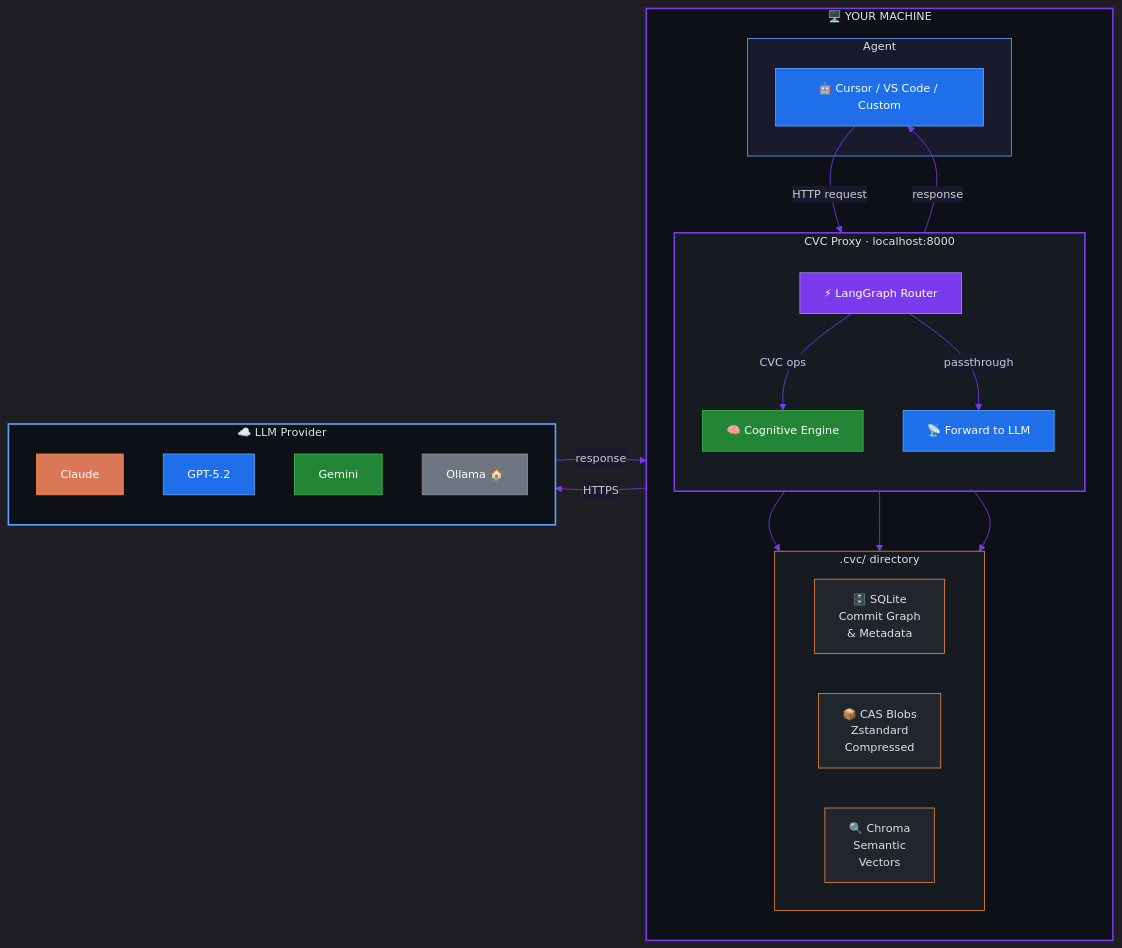
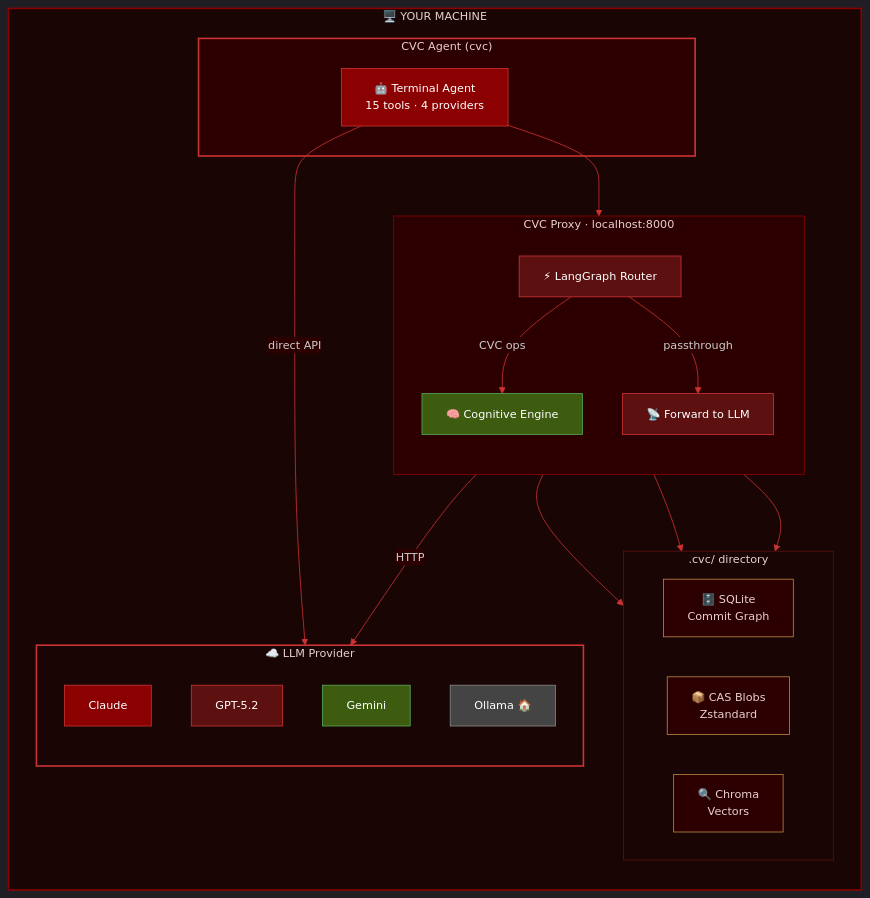
One commit to mannuking/AI-Cognitive-Version-Control changed the diagram in README.md. Above: the diagram before and after it, drawn with Mermaid. The commit also changed other lines of this file, not shown here.

````diff
--- a/README.md
+++ b/README.md
@@ -140,58 +319,56 @@
 ```mermaid
-%%{init: {'theme': 'dark', 'themeVariables': { 'fontSize': '14px', 'primaryColor': '#1a1a2e', 'primaryTextColor': '#e0e0e0', 'primaryBorderColor': '#7c3aed', 'lineColor': '#7c3aed', 'secondaryColor': '#16213e', 'tertiaryColor': '#0f3460', 'edgeLabelBackground': '#1a1a2e'}}}%%
+%%{init: {'theme': 'dark', 'themeVariables': { 'fontSize': '14px', 'primaryColor': '#2C0000', 'primaryTextColor': '#E8D0D0', 'primaryBorderColor': '#8B0000', 'lineColor': '#CC3333', 'secondaryColor': '#5C1010', 'tertiaryColor': '#3D0000', 'edgeLabelBackground': '#2C0000'}}}%%
 
 flowchart LR
     subgraph LOCAL["🖥️  YOUR MACHINE"]
         direction TB
 
-        subgraph AGENT["  Agent  "]
-            A["🤖 Cursor / VS Code / Custom"]
+        subgraph AGENT_MODE["  CVC Agent (cvc)  "]
+            AG["🤖 Terminal Agent\n15 tools · 4 providers"]
         end
 
-        subgraph PROXY["  CVC Proxy · localhost:8000  "]
+        subgraph PROXY_MODE["  CVC Proxy · localhost:8000  "]
             direction TB
             R["⚡ LangGraph Router"]
             R -->|CVC ops| E["🧠 Cognitive Engine"]
             R -->|passthrough| FWD["📡 Forward to LLM"]
         end
 
         subgraph STORAGE["  .cvc/ directory  "]
             direction LR
-            S1["🗄️ SQLite\nCommit Graph\n& Metadata"]
-            S2["📦 CAS Blobs\nZstandard\nCompressed"]
-            S3["🔍 Chroma\nSemantic\nVectors"]
+            S1["🗄️ SQLite\nCommit Graph"]
+            S2["📦 CAS Blobs\nZstandard"]
+            S3["🔍 Chroma\nVectors"]
         end
 
-        A -- "HTTP request" --> R
+        AG -- "direct API" --> CLOUD
+        AG --> E
+        R -- "HTTP" --> CLOUD
         E --> S1 & S2 & S3
     end
 
     subgraph CLOUD["  ☁️ LLM Provider  "]
         direction TB
         C1["Claude"]
         C2["GPT-5.2"]
         C3["Gemini"]
         C4["Ollama 🏠"]
     end
 
-    FWD -- "HTTPS" --> CLOUD
-    CLOUD -- "response" --> R
-    R -- "response" --> A
-
-    style LOCAL fill:#0d1117,stroke:#7c3aed,stroke-width:2px,color:#e0e0e0
-    style AGENT fill:#1a1a2e,stroke:#58a6ff,stroke-width:1px,color:#e0e0e0
-    style PROXY fill:#161b22,stroke:#7c3aed,stroke-width:2px,color:#e0e0e0
-    style STORAGE fill:#161b22,stroke:#f0883e,stroke-width:1px,color:#e0e0e0
-    style CLOUD fill:#0d1117,stroke:#58a6ff,stroke-width:2px,color:#e0e0e0
-    style A fill:#1f6feb,stroke:#58a6ff,color:#ffffff
-    style R fill:#7c3aed,stroke:#a78bfa,color:#ffffff
-    style E fill:#238636,stroke:#3fb950,color:#ffffff
-    style FWD fill:#1f6feb,stroke:#58a6ff,color:#ffffff
-    style S1 fill:#21262d,stroke:#f0883e,color:#e0e0e0
-    style S2 fill:#21262d,stroke:#f0883e,color:#e0e0e0
-    style S3 fill:#21262d,stroke:#f0883e,color:#e0e0e0
-    style C1 fill:#da7756,stroke:#f0883e,color:#ffffff
-    style C2 fill:#1f6feb,stroke:#58a6ff,color:#ffffff
-    style C3 fill:#238636,stroke:#3fb950,color:#ffffff
-    style C4 fill:#6e7681,stroke:#8b949e,color:#ffffff
+    style LOCAL fill:#1a0505,stroke:#8B0000,stroke-width:2px,color:#E8D0D0
+    style AGENT_MODE fill:#2C0000,stroke:#CC3333,stroke-width:2px,color:#E8D0D0
+    style PROXY_MODE fill:#2C0000,stroke:#8B0000,stroke-width:1px,color:#E8D0D0
+    style STORAGE fill:#1a0505,stroke:#5C1010,stroke-width:1px,color:#E8D0D0
+    style CLOUD fill:#1a0505,stroke:#CC3333,stroke-width:2px,color:#E8D0D0
+    style AG fill:#8B0000,stroke:#CC3333,color:#ffffff
+    style R fill:#5C1010,stroke:#CC3333,color:#ffffff
+    style E fill:#3D5C10,stroke:#55AA55,color:#ffffff
+    style FWD fill:#5C1010,stroke:#CC3333,color:#ffffff
+    style S1 fill:#2C0000,stroke:#BB8844,color:#E8D0D0
+    style S2 fill:#2C0000,stroke:#BB8844,color:#E8D0D0
+    style S3 fill:#2C0000,stroke:#BB8844,color:#E8D0D0
+    style C1 fill:#8B0000,stroke:#CC3333,color:#ffffff
+    style C2 fill:#5C1010,stroke:#CC3333,color:#ffffff
+    style C3 fill:#3D5C10,stroke:#55AA55,color:#ffffff
+    style C4 fill:#444444,stroke:#888888,color:#ffffff
 ```
````
